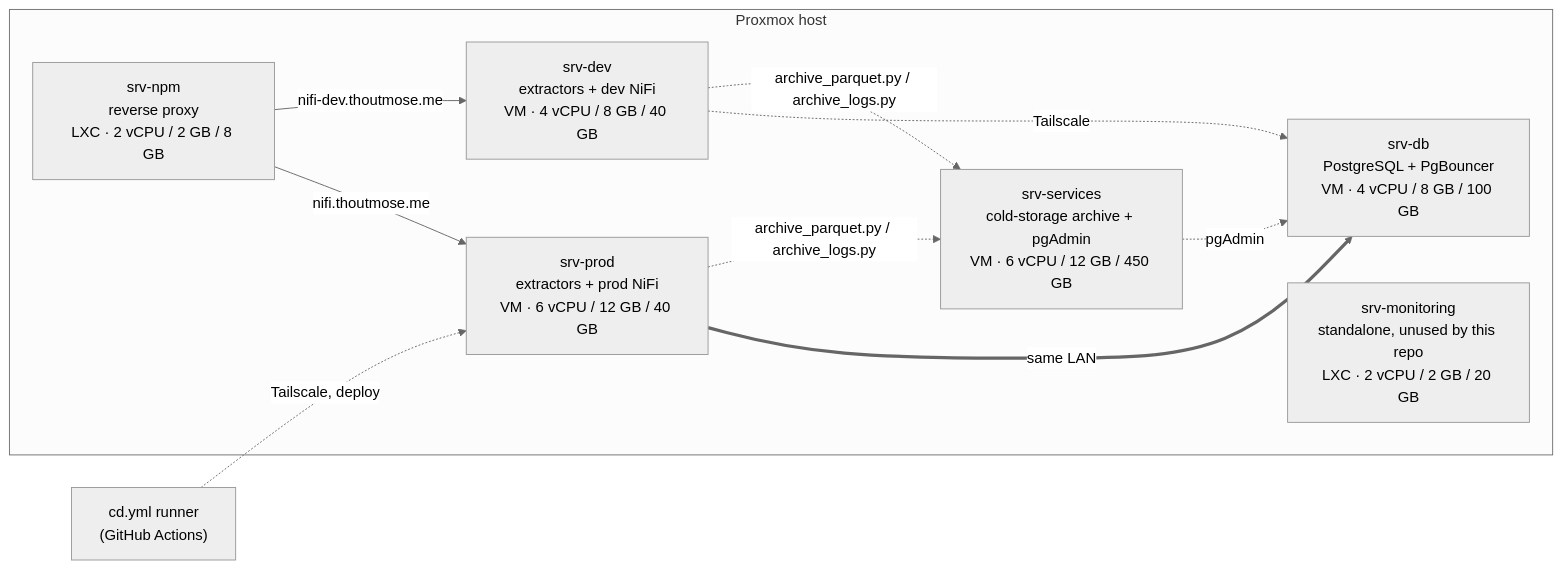
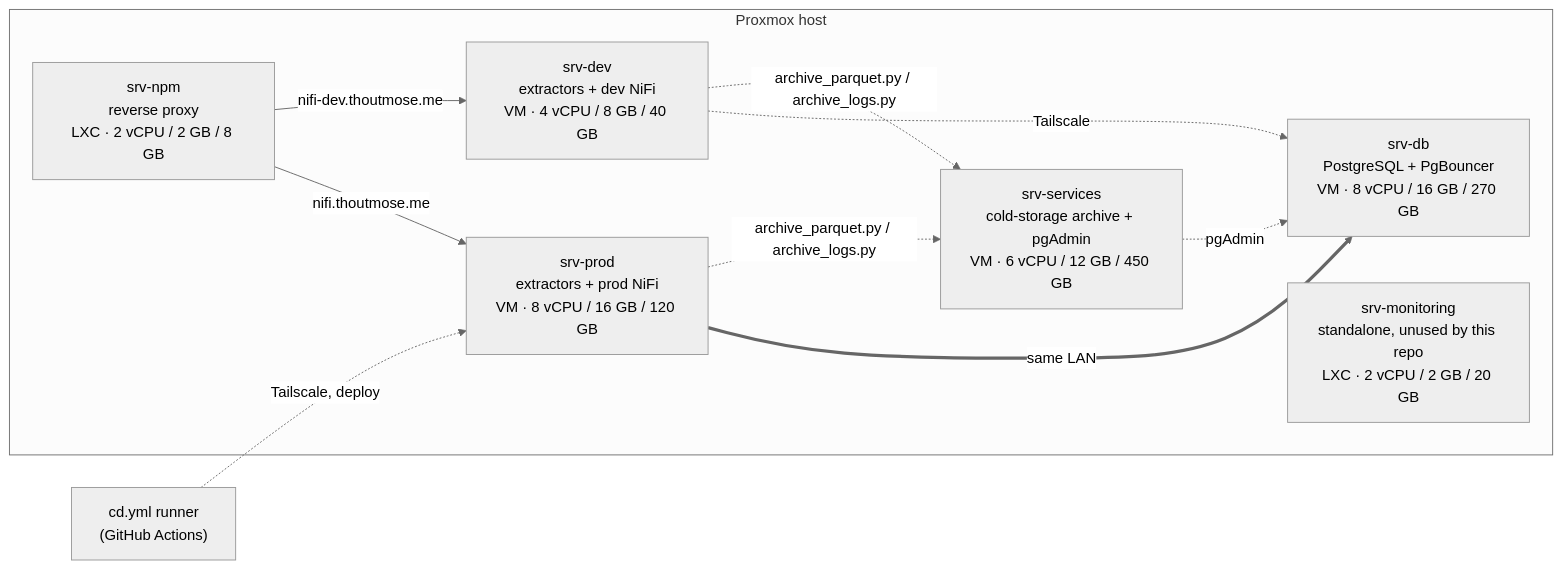
Before and after one commit to thoutmose/zevent-analytics: the second of 2 diagrams in README.md, drawn with Mermaid (neutral theme). The commit also changed other lines of this file, not shown here.

````diff
--- a/README.md
+++ b/README.md
@@ -236,21 +236,21 @@
 ```mermaid
 flowchart LR
     subgraph PVE["Proxmox host"]
         NPM["srv-npm<br/>reverse proxy<br/>LXC · 2 vCPU / 2 GB / 8 GB"]
         DEV["srv-dev<br/>extractors + dev NiFi<br/>VM · 4 vCPU / 8 GB / 40 GB"]
-        PROD["srv-prod<br/>extractors + prod NiFi<br/>VM · 6 vCPU / 12 GB / 40 GB"]
-        DB["srv-db<br/>PostgreSQL + PgBouncer<br/>VM · 4 vCPU / 8 GB / 100 GB"]
+        PROD["srv-prod<br/>extractors + prod NiFi<br/>VM · 8 vCPU / 16 GB / 120 GB"]
+        DB["srv-db<br/>PostgreSQL + PgBouncer<br/>VM · 8 vCPU / 16 GB / 270 GB"]
         SVC["srv-services<br/>cold-storage archive + pgAdmin<br/>VM · 6 vCPU / 12 GB / 450 GB"]
         MON["srv-monitoring<br/>standalone, unused by this repo<br/>LXC · 2 vCPU / 2 GB / 20 GB"]
     end
     CD["cd.yml runner<br/>(GitHub Actions)"]
 
     NPM -- "nifi.thoutmose.me" --> PROD
     NPM -- "nifi-dev.thoutmose.me" --> DEV
     PROD == same LAN ==> DB
     DEV -. Tailscale .-> DB
     CD -. "Tailscale, deploy" .-> PROD
     DEV -. "archive_parquet.py / archive_logs.py" .-> SVC
     PROD -. "archive_parquet.py / archive_logs.py" .-> SVC
     SVC -. "pgAdmin" .-> DB
 ```
````
